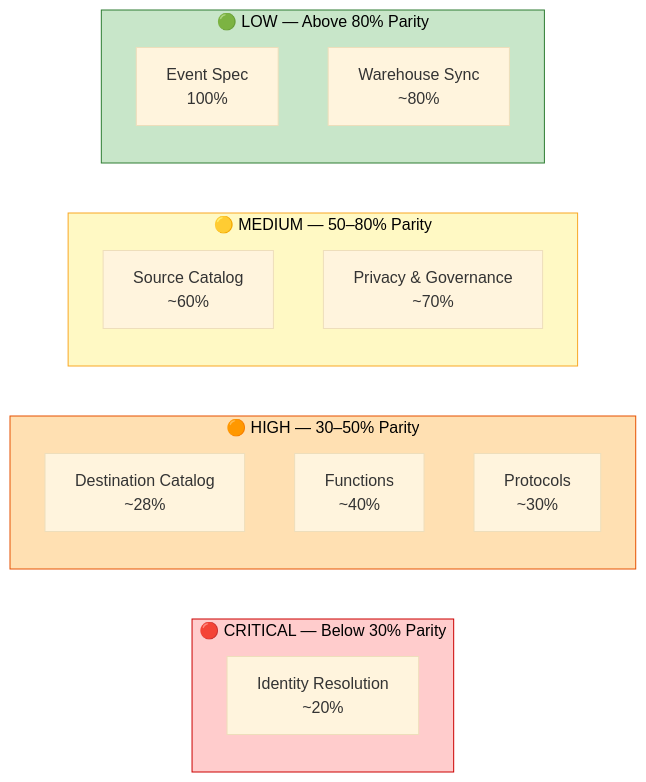
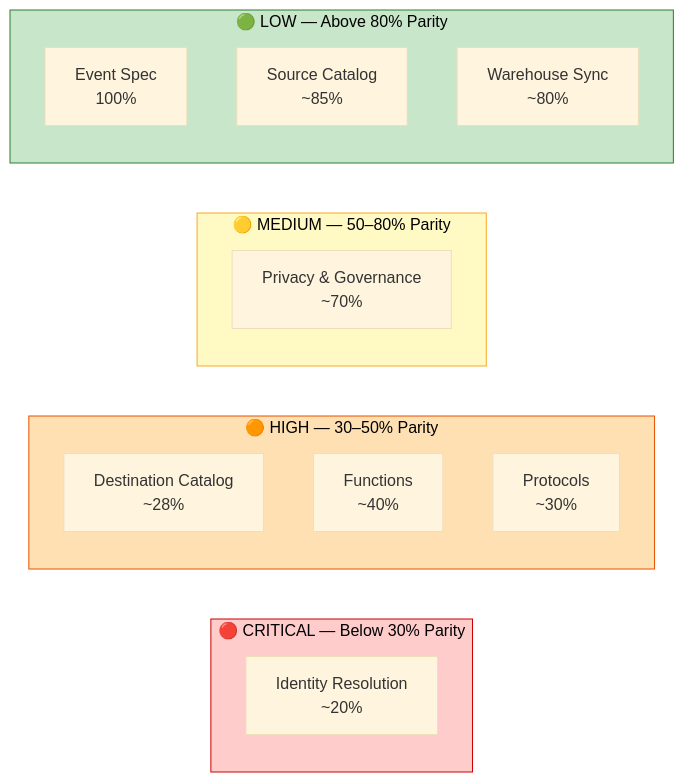
One commit to Blitzy-Sandbox/blitzy-RudderStack changed the second of 3 diagrams in docs/gap-report/index.md. Above: the diagram before and after it, drawn with Mermaid (base theme). The commit also changed other lines of this file, not shown here.

First line of the commit message:
docs(gap-report): update Source SDK Catalog parity from ~60% to ~85% for Sprint 2-3

````diff
--- a/docs/gap-report/index.md
+++ b/docs/gap-report/index.md
@@ -76,27 +76,27 @@
 ```mermaid
 flowchart LR
     subgraph Critical["🔴 CRITICAL — Below 30% Parity"]
         IDR["Identity Resolution<br/>~20%"]
     end
 
     subgraph High["🟠 HIGH — 30–50% Parity"]
         DEST["Destination Catalog<br/>~28%"]
         FUNC["Functions<br/>~40%"]
         PROTO["Protocols<br/>~30%"]
     end
 
     subgraph Medium["🟡 MEDIUM — 50–80% Parity"]
-        SRC["Source Catalog<br/>~60%"]
         PRIV["Privacy & Governance<br/>~70%"]
     end
 
     subgraph Low["🟢 LOW — Above 80% Parity"]
         SPEC["Event Spec<br/>100%"]
+        SRC["Source Catalog<br/>~85%"]
         WH["Warehouse Sync<br/>~80%"]
     end
 
     style Critical fill:#ffcccc,stroke:#cc0000,color:#000
     style High fill:#ffe0b2,stroke:#e65100,color:#000
     style Medium fill:#fff9c4,stroke:#f9a825,color:#000
     style Low fill:#c8e6c9,stroke:#2e7d32,color:#000
 ```
````
